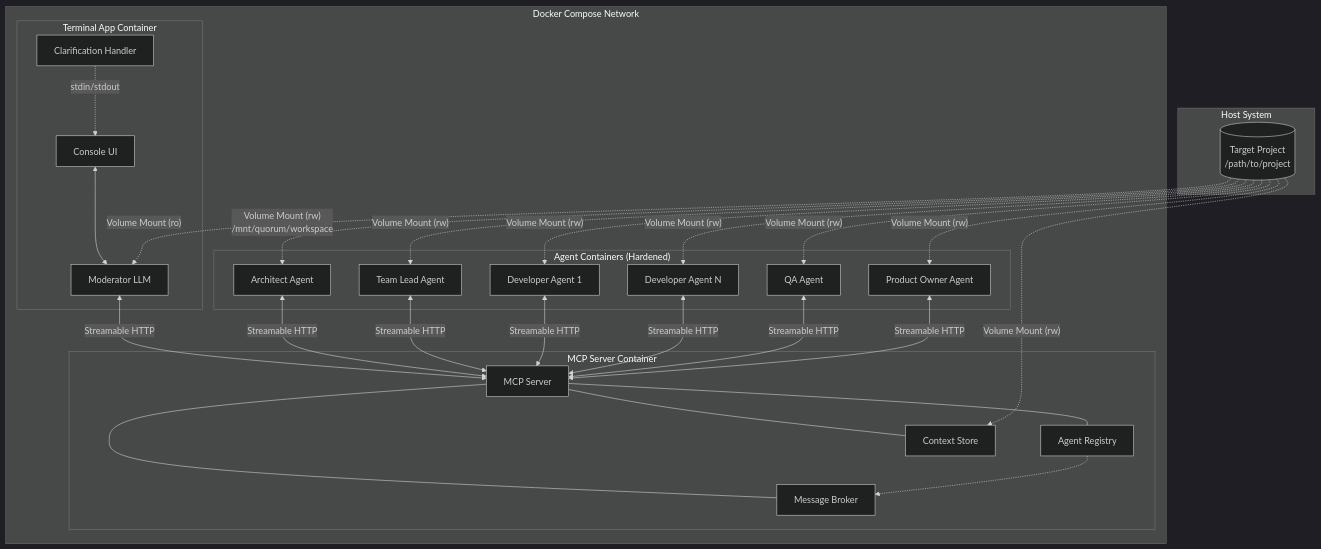
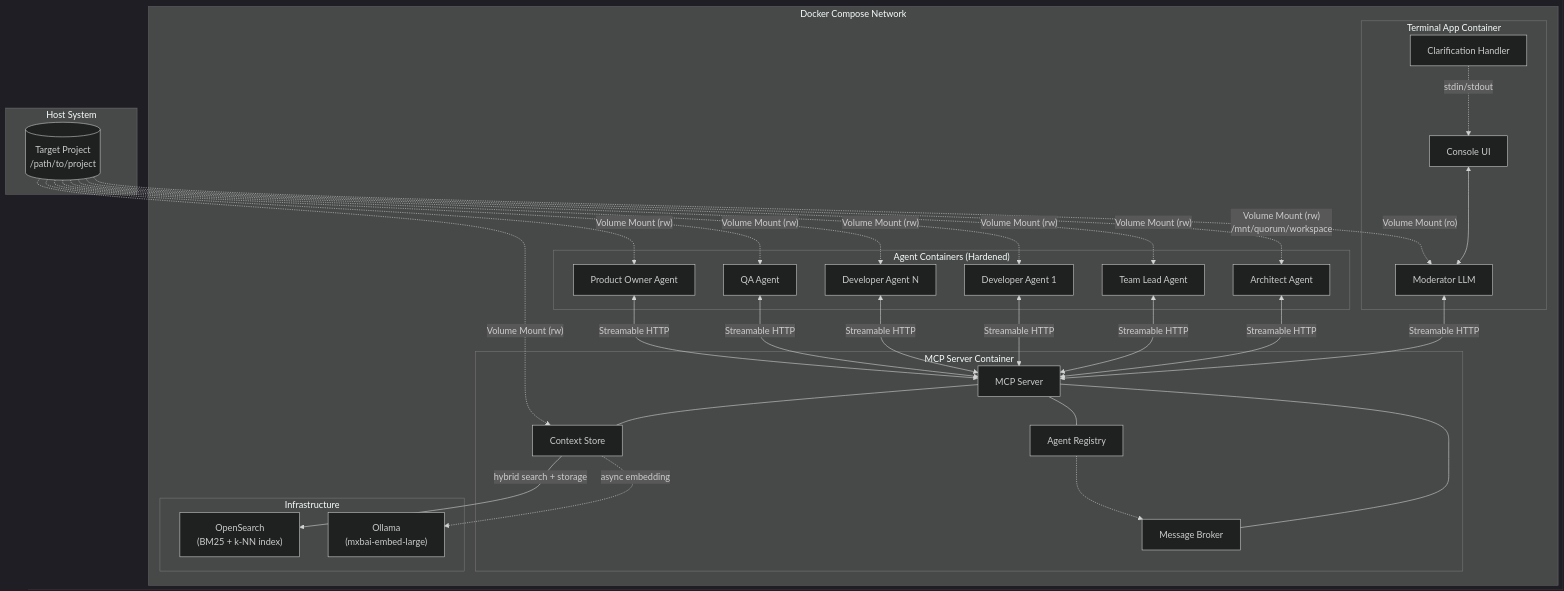
The first of 5 diagrams in docs/system-design.md (ia64mail/quorum), drawn with Mermaid (dark theme) before and after one commit. The commit also changed other lines of this file and 2 other files, not shown here.

First line of the commit message:
QRM5-009: update docs to reflect OpenSearch hybrid search as active backend

````diff
--- a/docs/system-design.md
+++ b/docs/system-design.md
@@ -9,53 +9,61 @@
 ```mermaid
 graph TB
     subgraph "Host System"
         HV[("Target Project<br/>/path/to/project")]
     end
 
     subgraph "Docker Compose Network"
         subgraph "Terminal App Container"
             UI[Console UI]
             MOD[Moderator LLM]
             CLAR[Clarification Handler]
             UI <--> MOD
             CLAR -.->|"stdin/stdout"| UI
         end
 
         subgraph "MCP Server Container"
             MCP[MCP Server]
             REG[Agent Registry]
             MSG[Message Broker]
             CTX[Context Store]
             MCP --- REG
             MCP --- MSG
             MCP --- CTX
             REG -.-> MSG
         end
 
+        subgraph "Infrastructure"
+            OS["OpenSearch<br/>(BM25 + k-NN index)"]
+            OLL["Ollama<br/>(mxbai-embed-large)"]
+        end
+
         subgraph "Agent Containers (Hardened)"
             A1[Architect Agent]
             A2[Team Lead Agent]
             A3[Developer Agent 1]
             A4[Developer Agent N]
             A5[QA Agent]
             A6[Product Owner Agent]
         end
+
+        CTX -->|"hybrid search + storage"| OS
+        CTX -.->|"async embedding"| OLL
 
         MOD <-->|Streamable HTTP| MCP
         A1 <-->|Streamable HTTP| MCP
         A2 <-->|Streamable HTTP| MCP
         A3 <-->|Streamable HTTP| MCP
         A4 <-->|Streamable HTTP| MCP
         A5 <-->|Streamable HTTP| MCP
         A6 <-->|Streamable HTTP| MCP
     end
 
     HV -.->|"Volume Mount (ro)"| MOD
     HV -.->|"Volume Mount (rw)"| CTX
     HV -.->|"Volume Mount (rw)<br/>/mnt/quorum/workspace"| A1
     HV -.->|"Volume Mount (rw)"| A2
     HV -.->|"Volume Mount (rw)"| A3
     HV -.->|"Volume Mount (rw)"| A4
     HV -.->|"Volume Mount (rw)"| A5
     HV -.->|"Volume Mount (rw)"| A6
 ```
````
